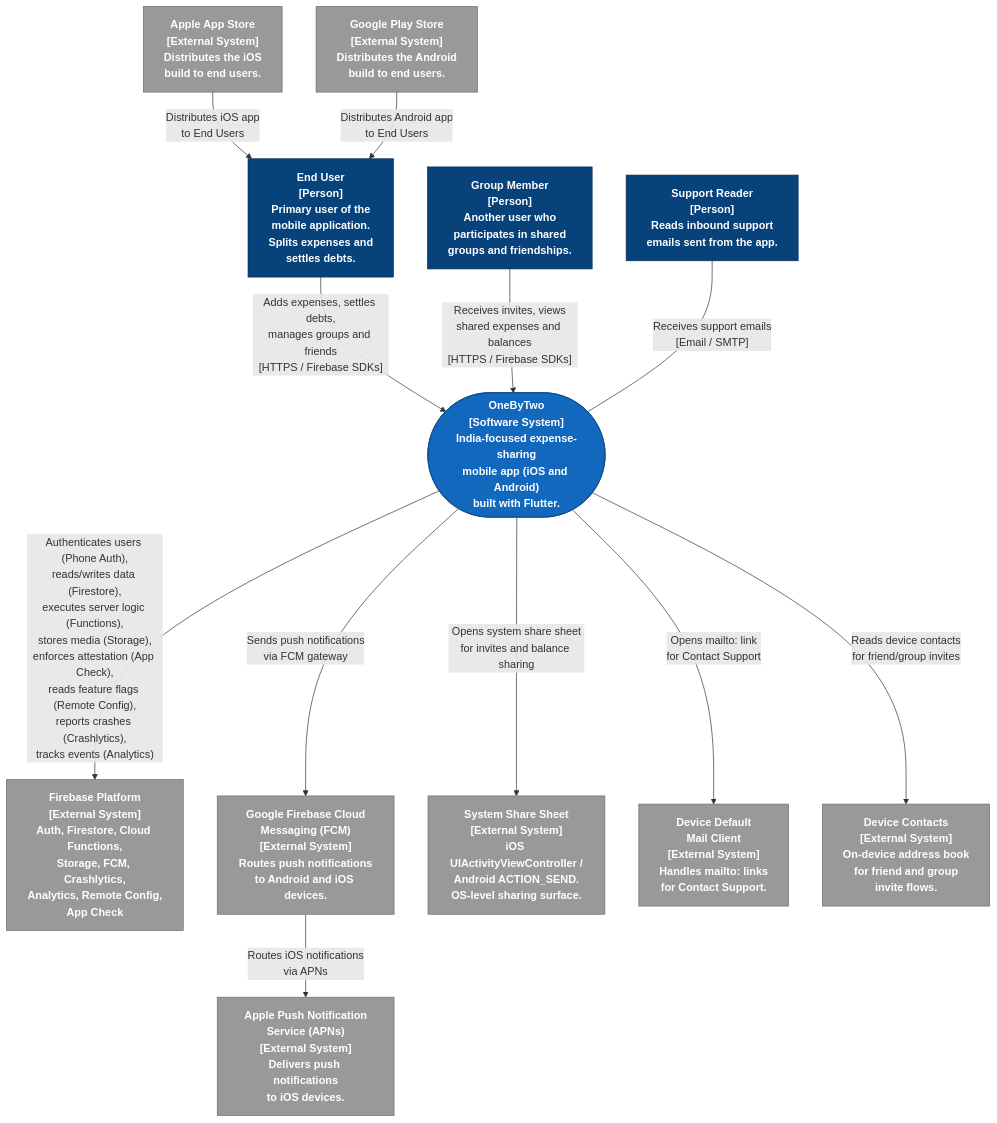
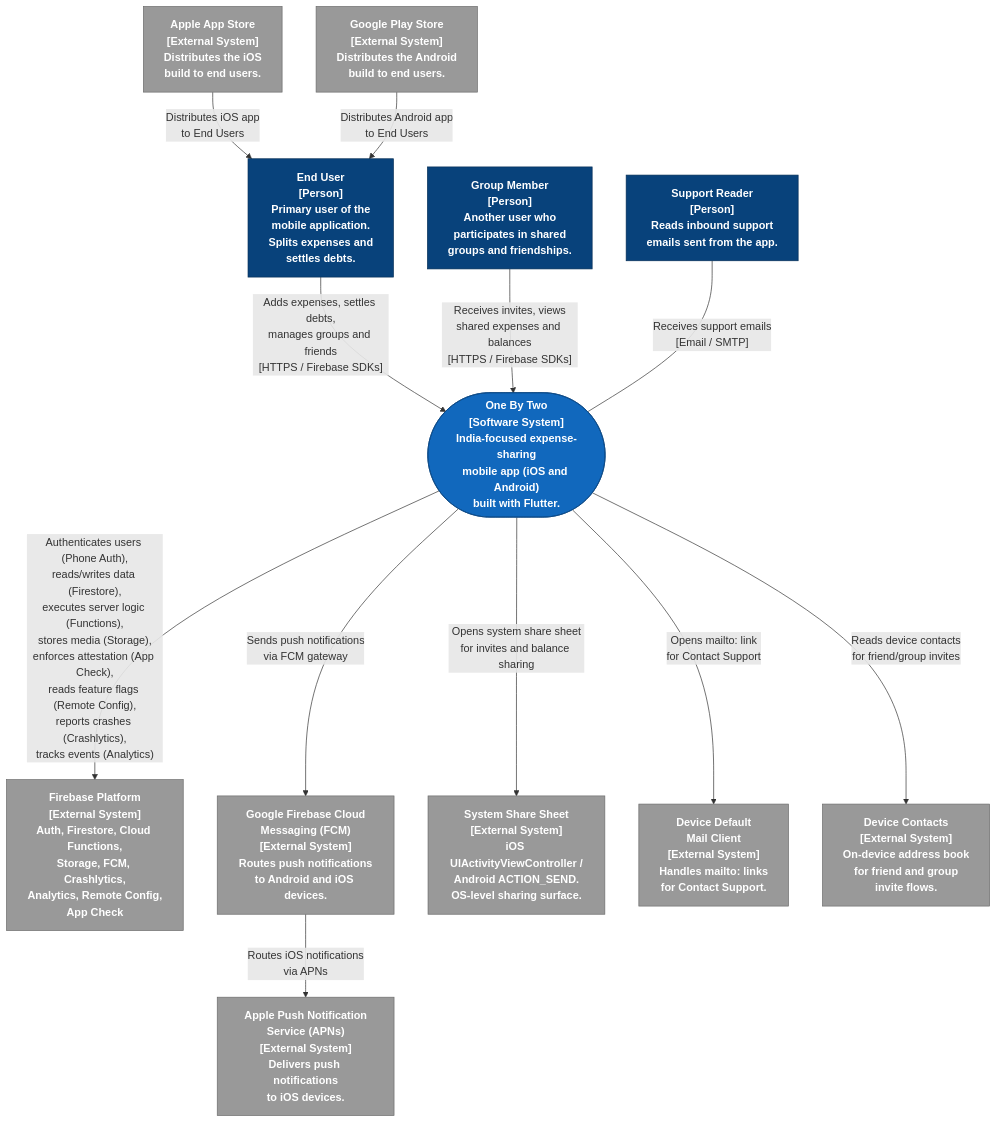
The diagram in docs/design/03-architecture/c4-system-context.md (avtansh-code/OneByTwo), drawn with Mermaid before and after one commit. The commit also changed other lines of this file and 95 other files, not shown here.

````diff
--- a/docs/design/03-architecture/c4-system-context.md
+++ b/docs/design/03-architecture/c4-system-context.md
@@ -16,40 +16,40 @@
 ```mermaid
 graph TD
     %% ── Styling ──────────────────────────────────────────────────
     classDef person fill:#08427B,stroke:#052E56,color:#FFFFFF,font-weight:bold
     classDef system fill:#1168BD,stroke:#0B4884,color:#FFFFFF,font-weight:bold
     classDef external fill:#999999,stroke:#6B6B6B,color:#FFFFFF,font-weight:bold
 
     %% ── Actors (People) ─────────────────────────────────────────
     EU["End User\n[Person]\nPrimary user of the\nmobile application.\nSplits expenses and\nsettles debts."]:::person
     GM["Group Member\n[Person]\nAnother user who\nparticipates in shared\ngroups and friendships."]:::person
     SR["Support Reader\n[Person]\nReads inbound support\nemails sent from the app."]:::person
 
     %% ── System Under Design ─────────────────────────────────────
-    OBT(["OneByTwo\n[Software System]\nIndia-focused expense-sharing\nmobile app (iOS and Android)\nbuilt with Flutter."]):::system
+    OBT(["One By Two\n[Software System]\nIndia-focused expense-sharing\nmobile app (iOS and Android)\nbuilt with Flutter."]):::system
 
     %% ── External Systems ────────────────────────────────────────
     FBP["Firebase Platform\n[External System]\nAuth, Firestore, Cloud Functions,\nStorage, FCM, Crashlytics,\nAnalytics, Remote Config,\nApp Check"]:::external
     APNS["Apple Push Notification\nService (APNs)\n[External System]\nDelivers push notifications\nto iOS devices."]:::external
     FCM["Google Firebase Cloud\nMessaging (FCM)\n[External System]\nRoutes push notifications\nto Android and iOS devices."]:::external
     AAS["Apple App Store\n[External System]\nDistributes the iOS\nbuild to end users."]:::external
     GPS["Google Play Store\n[External System]\nDistributes the Android\nbuild to end users."]:::external
     SSS["System Share Sheet\n[External System]\niOS UIActivityViewController /\nAndroid ACTION_SEND.\nOS-level sharing surface."]:::external
     DMC["Device Default\nMail Client\n[External System]\nHandles mailto: links\nfor Contact Support."]:::external
     DC["Device Contacts\n[External System]\nOn-device address book\nfor friend and group\ninvite flows."]:::external
 
     %% ── Relationships: Actors -> System ─────────────────────────
     EU -- "Adds expenses, settles debts,\nmanages groups and friends\n[HTTPS / Firebase SDKs]" --> OBT
     GM -- "Receives invites, views\nshared expenses and balances\n[HTTPS / Firebase SDKs]" --> OBT
     SR -- "Receives support emails\n[Email / SMTP]" --- OBT
 
     %% ── Relationships: System -> External Systems ───────────────
     OBT -- "Authenticates users (Phone Auth),\nreads/writes data (Firestore),\nexecutes server logic (Functions),\nstores media (Storage),\nenforces attestation (App Check),\nreads feature flags (Remote Config),\nreports crashes (Crashlytics),\ntracks events (Analytics)" --> FBP
     OBT -- "Sends push notifications\nvia FCM gateway" --> FCM
     FCM -- "Routes iOS notifications\nvia APNs" --> APNS
     OBT -- "Opens system share sheet\nfor invites and balance sharing" --> SSS
     OBT -- "Opens mailto: link\nfor Contact Support" --> DMC
     OBT -- "Reads device contacts\nfor friend/group invites" --> DC
     AAS -- "Distributes iOS app\nto End Users" --> EU
     GPS -- "Distributes Android app\nto End Users" --> EU
 ```
````
